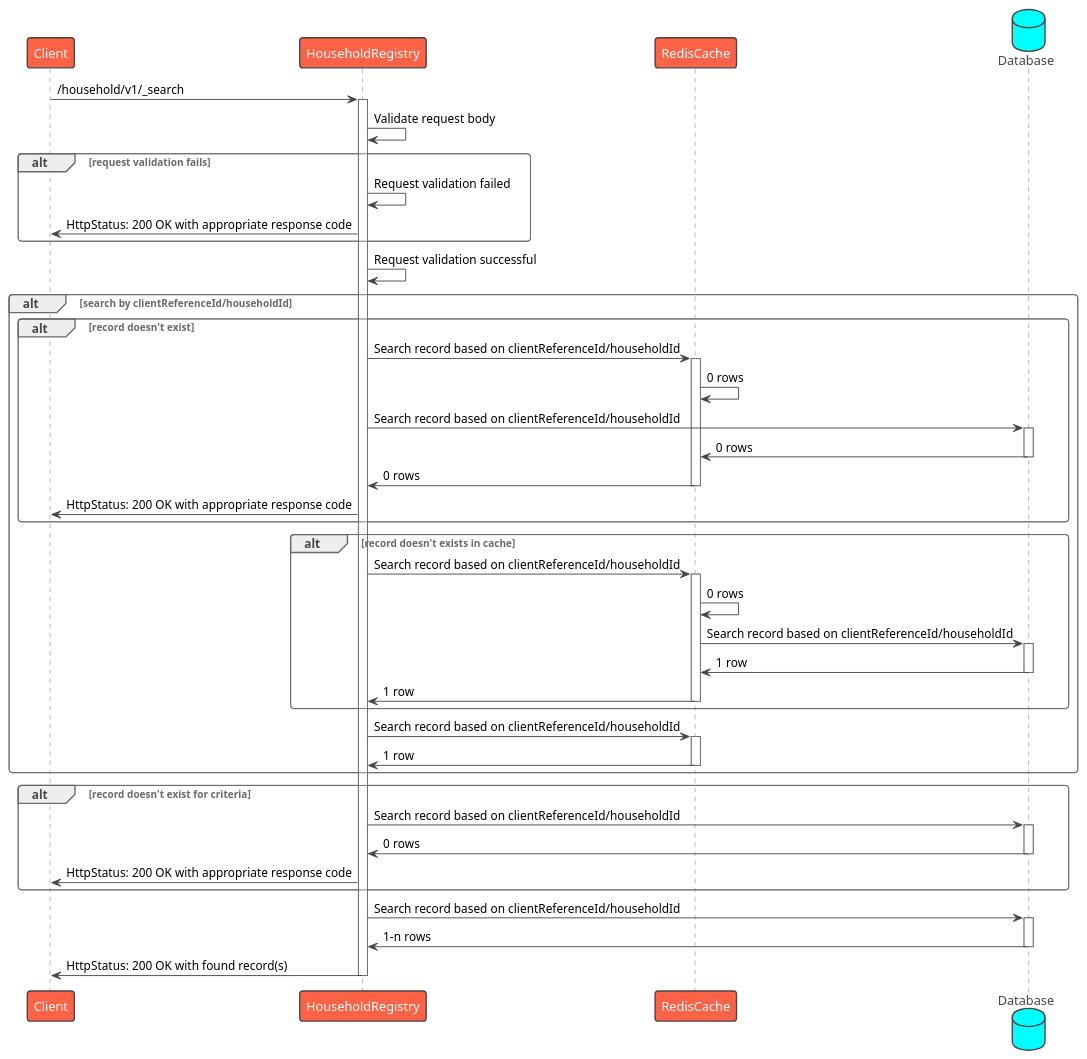
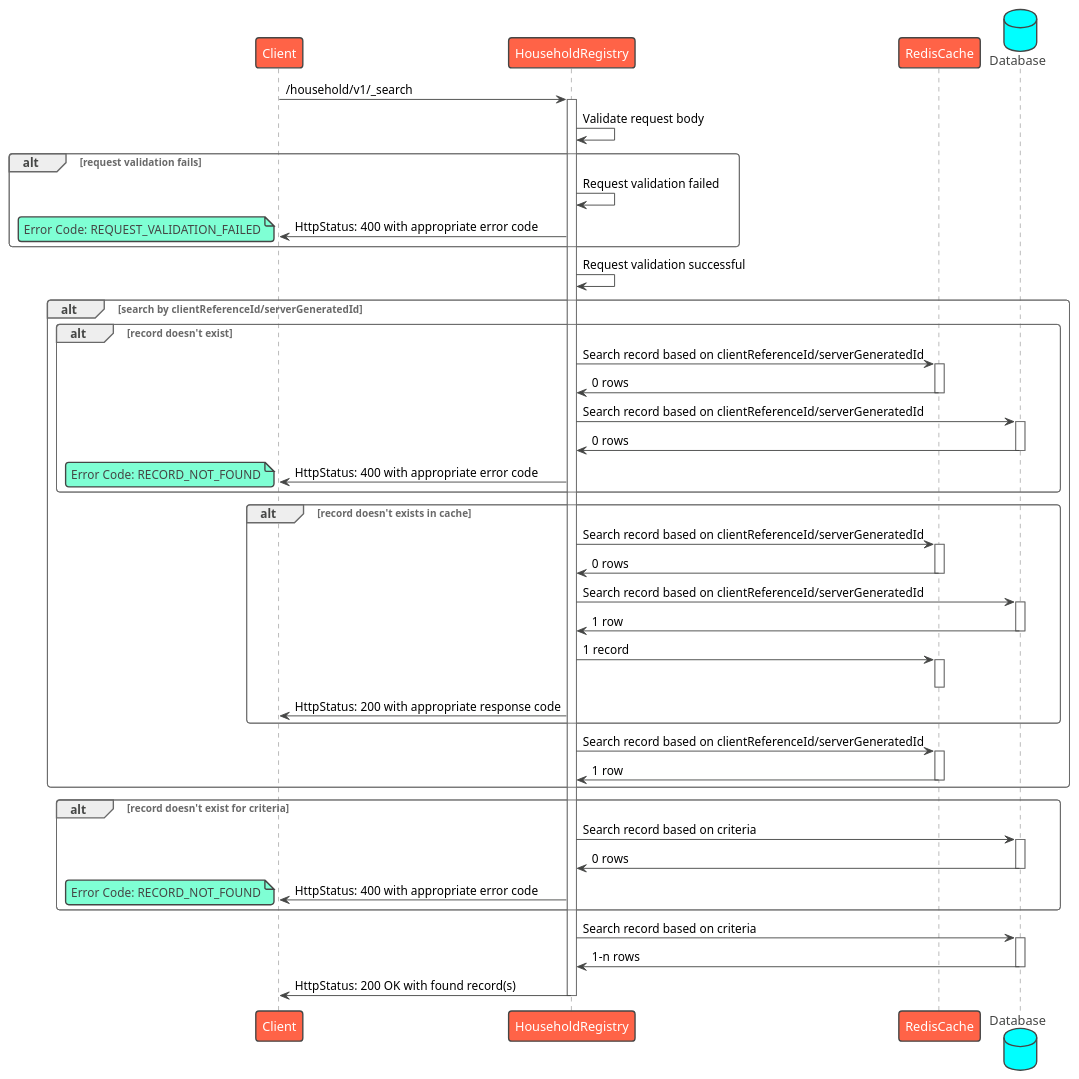
One commit to egovernments/health-api-specs changed the diagram in contracts/registries/household/sequence/search.puml. Above: the diagram before and after it, drawn with PlantUML. The commit also changed 6 other files, not shown here.

Commit message:
Individual and Household sequence diagram updates

```diff
--- a/contracts/registries/household/sequence/search.puml
+++ b/contracts/registries/household/sequence/search.puml
@@ -1,57 +1,68 @@
-@startuml Household Registry - Search
+@startuml household Registry - Search
 !theme vibrant
 participant Client as c
-participant HouseholdRegistry as hr
+participant HouseholdRegistry as s
 participant RedisCache as rc
 database Database as db
-c -> hr : /household/v1/_search
-activate hr
-hr -> hr: Validate request body
+c -> s : /household/v1/_search
+activate s
+s -> s: Validate request body
 alt request validation fails
-    hr -> hr: Request validation failed
-    hr -> c: HttpStatus: 200 OK with appropriate response code
+    s -> s: Request validation failed
+    s -> c: HttpStatus: 400 with appropriate error code
+    note left
+      Error Code: REQUEST_VALIDATION_FAILED
+    end note
 end
-hr -> hr: Request validation successful
-alt search by clientReferenceId/householdId
+s -> s: Request validation successful
+alt search by clientReferenceId/serverGeneratedId
     alt record doesn't exist
-        hr -> rc: Search record based on clientReferenceId/householdId
+        s -> rc: Search record based on clientReferenceId/serverGeneratedId
         activate rc
-        rc -> rc: 0 rows
-        hr -> db: Search record based on clientReferenceId/householdId
+        rc -> s: 0 rows
+        deactivate rc
+        s -> db: Search record based on clientReferenceId/serverGeneratedId
         activate db
-        db -> rc: 0 rows
+        db -> s: 0 rows
         deactivate db
-        rc -> hr: 0 rows
-        deactivate rc
-        hr -> c: HttpStatus: 200 OK with appropriate response code
+        s -> c: HttpStatus: 400 with appropriate error code
+        note left
+          Error Code: RECORD_NOT_FOUND
+        end note
     end
     alt record doesn't exists in cache
-        hr -> rc: Search record based on clientReferenceId/householdId
+        s -> rc: Search record based on clientReferenceId/serverGeneratedId
         activate rc
-        rc -> rc: 0 rows
-        rc -> db: Search record based on clientReferenceId/householdId
+        rc -> s: 0 rows
+        deactivate rc
+        s -> db: Search record based on clientReferenceId/serverGeneratedId
         activate db
-        db -> rc: 1 row
+        db -> s: 1 row
         deactivate db
-        rc -> hr: 1 row
+        s -> rc: 1 record
+        activate rc
         deactivate rc
+        s -> c: HttpStatus: 200 with appropriate response code
     end
-hr -> rc: Search record based on clientReferenceId/householdId
+s -> rc: Search record based on clientReferenceId/serverGeneratedId
 activate rc
-rc -> hr: 1 row
+rc -> s: 1 row
 deactivate rc
 end
 alt record doesn't exist for criteria
-    hr -> db: Search record based on clientReferenceId/householdId
+    s -> db: Search record based on criteria
     activate db
-    db -> hr: 0 rows
+    db -> s: 0 rows
     deactivate db
-    hr -> c: HttpStatus: 200 OK with appropriate response code
+    s -> c: HttpStatus: 400 with appropriate error code
+    note left
+      Error Code: RECORD_NOT_FOUND
+    end note
 end
-hr -> db: Search record based on clientReferenceId/householdId
+s -> db: Search record based on criteria
 activate db
-db -> hr: 1-n rows
+db -> s: 1-n rows
 deactivate db
-hr -> c: HttpStatus: 200 OK with found record(s)
-deactivate hr
+s -> c: HttpStatus: 200 OK with found record(s)
+deactivate s
 @enduml
```
